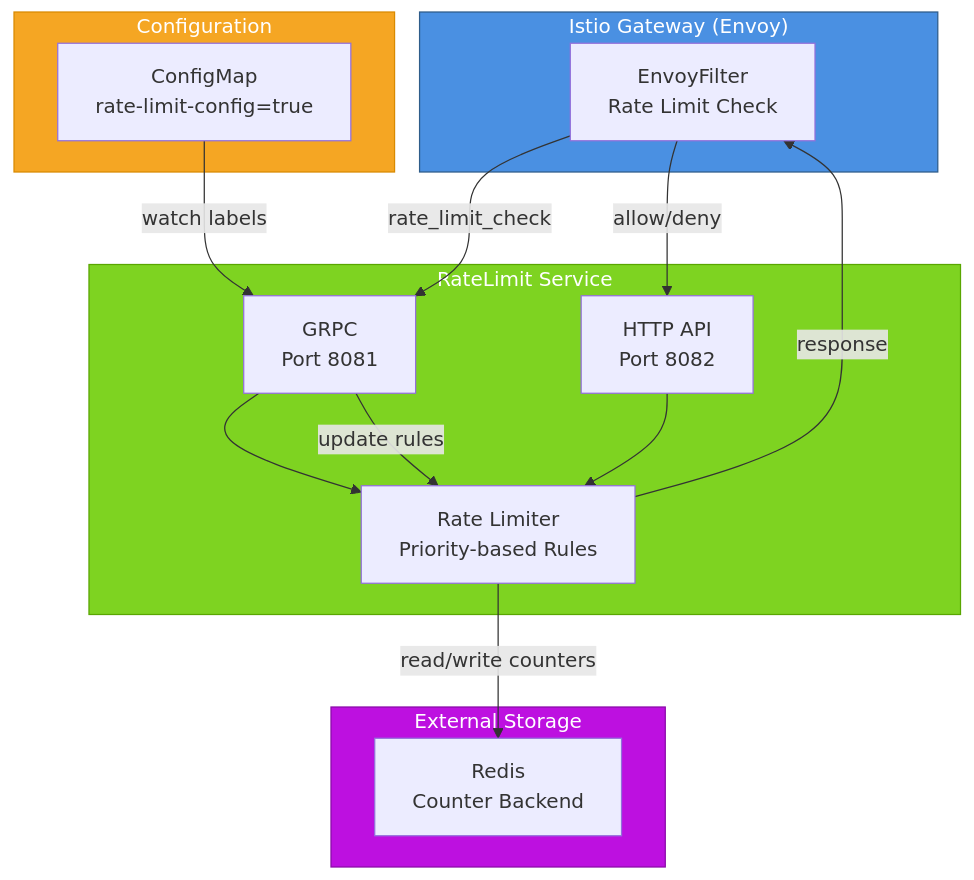
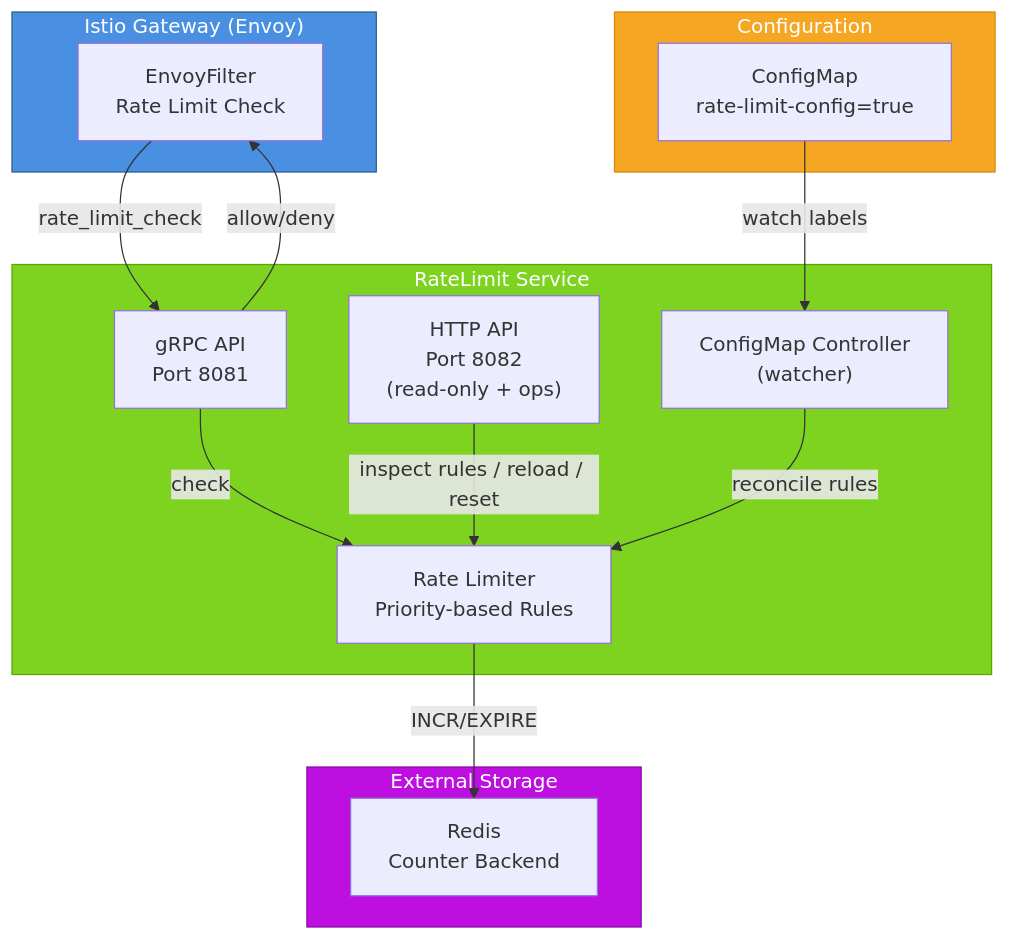
Before and after one commit to Netcracker/qubership-core-bootstrap: the diagram in ratelimit-service/README.md, drawn with Mermaid. The commit also changed other lines of this file and 75 other files, not shown here.

````diff
--- a/ratelimit-service/README.md
+++ b/ratelimit-service/README.md
@@ -21,34 +21,34 @@
 ```mermaid
 graph TB
     subgraph Gateway["Istio Gateway (Envoy)"]
         GW["EnvoyFilter<br/>Rate Limit Check"]
     end
     
     subgraph Service["RateLimit Service"]
-        API["GRPC<br/>Port 8081"]
-        HTTP["HTTP API<br/>Port 8082"]
+        API["gRPC API<br/>Port 8081"]
+        HTTP["HTTP API<br/>Port 8082<br/>(read-only + ops)"]
+        CTRL["ConfigMap Controller<br/>(watcher)"]
         RL["Rate Limiter<br/>Priority-based Rules"]
     end
-      
+
     subgraph Storage["External Storage"]
         REDIS["Redis<br/>Counter Backend"]
     end
-    
+
     subgraph Config["Configuration"]
         CM["ConfigMap<br/>rate-limit-config=true"]
     end
-    
+
     GW -->|rate_limit_check| API
-    API --> RL
-    HTTP --> RL
-    RL -->|read/write counters| REDIS
-    RL -->|response| GW
-    GW -->|allow/deny| HTTP
-    CM -->|watch labels| API
-    API -->|update rules| RL
+    API -->|check| RL
+    API -->|allow/deny| GW
+    HTTP -->|inspect rules / reload / reset| RL
+    RL -->|INCR/EXPIRE| REDIS
+    CM -->|watch labels| CTRL
+    CTRL -->|reconcile rules| RL
     
     style Gateway fill:#4A90E2,stroke:#2E5C8A,color:#fff
     style Service fill:#7ED321,stroke:#59A601,color:#fff
     style Storage fill:#BD10E0,stroke:#8B0BA8,color:#fff
     style Config fill:#F5A623,stroke:#D98A00,color:#fff
 ```
````
